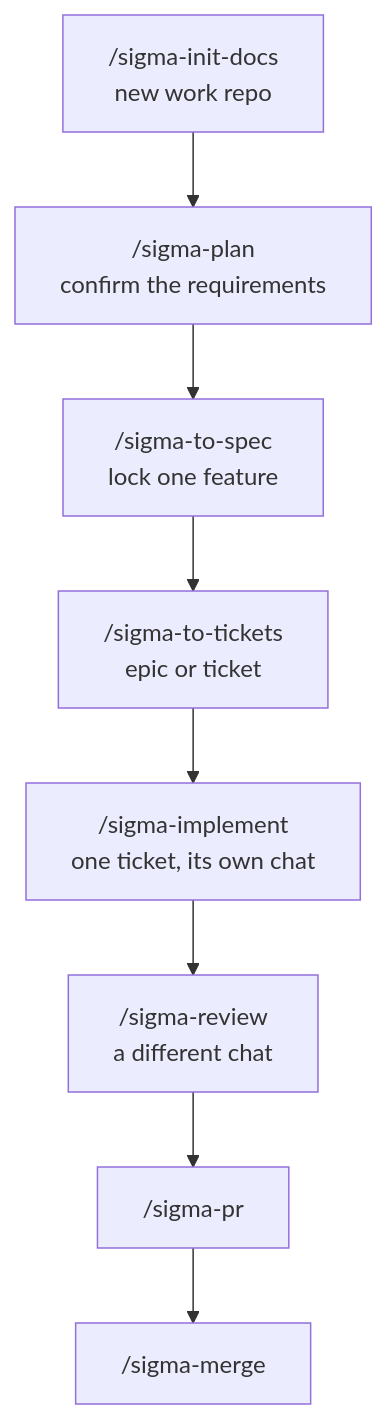
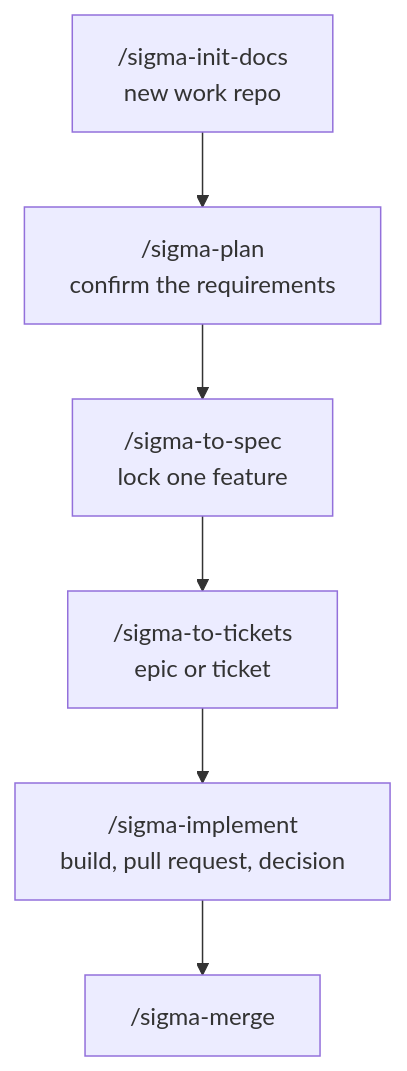
Before and after one commit to sigma-michael/sigma-build-factory: the first of 2 diagrams in README.md, drawn with Mermaid. The commit also changed other lines of this file and 12 other files, not shown here.

Commit message:
Let a pasted note start the next skill, and let implement return the review decision. (#2)

````diff
--- a/README.md
+++ b/README.md
@@ -42,10 +42,8 @@
 ```mermaid
 flowchart TD
   init["/sigma-init-docs<br/>new work repo"] --> plan["/sigma-plan<br/>confirm the requirements"]
   plan --> spec["/sigma-to-spec<br/>lock one feature"]
   spec --> tickets["/sigma-to-tickets<br/>epic or ticket"]
-  tickets --> impl["/sigma-implement<br/>one ticket, its own chat"]
-  impl --> review["/sigma-review<br/>a different chat"]
-  review --> pr["/sigma-pr"]
-  pr --> merge["/sigma-merge"]
+  tickets --> impl["/sigma-implement<br/>build, pull request, decision"]
+  impl --> merge["/sigma-merge"]
 ```
````
